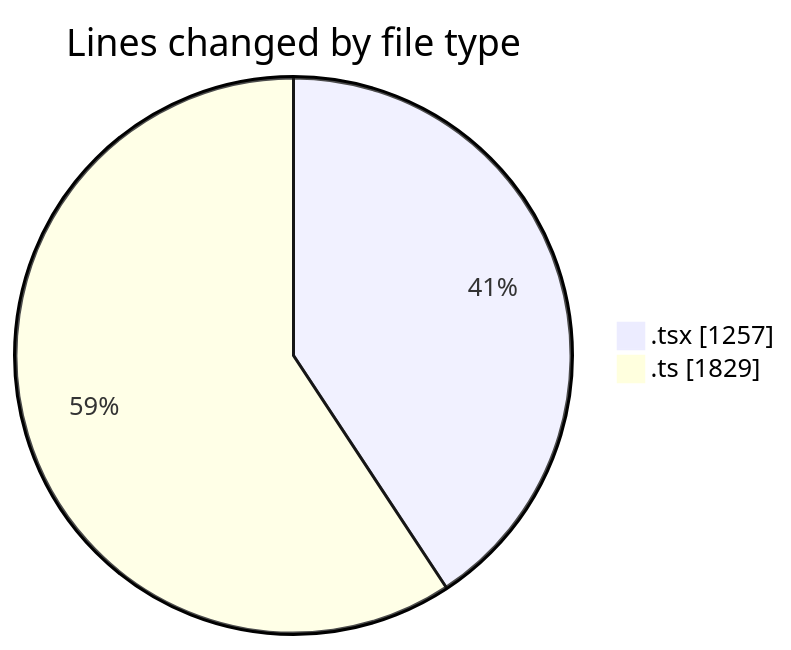
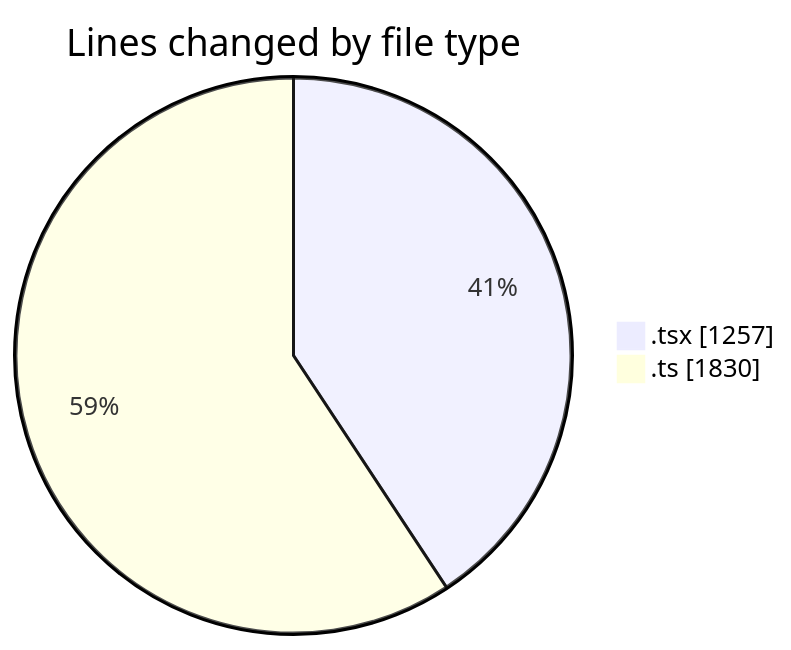
The first of 2 diagrams in 2026-05-03/nxtqube_webapp/README.md (nxtqubesakshisongat/code-tracking), drawn with Mermaid before and after one commit. The commit also changed other lines of this file and 1 other file, not shown here.

````diff
--- a/2026-05-03/nxtqube_webapp/README.md
+++ b/2026-05-03/nxtqube_webapp/README.md
@@ -22,6 +22,6 @@
 ```mermaid
 pie showData
 title Lines changed by file type
 ".tsx" : 1257
-".ts" : 1829
+".ts" : 1830
 ```
````
